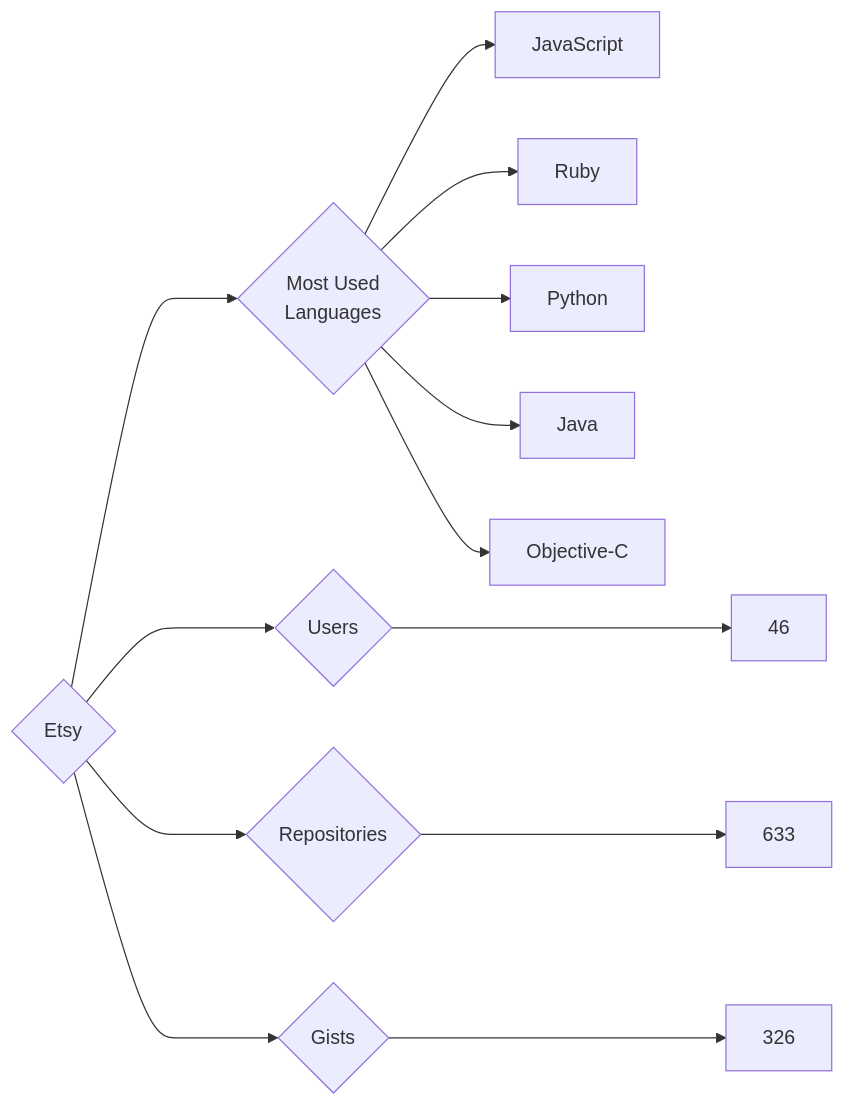
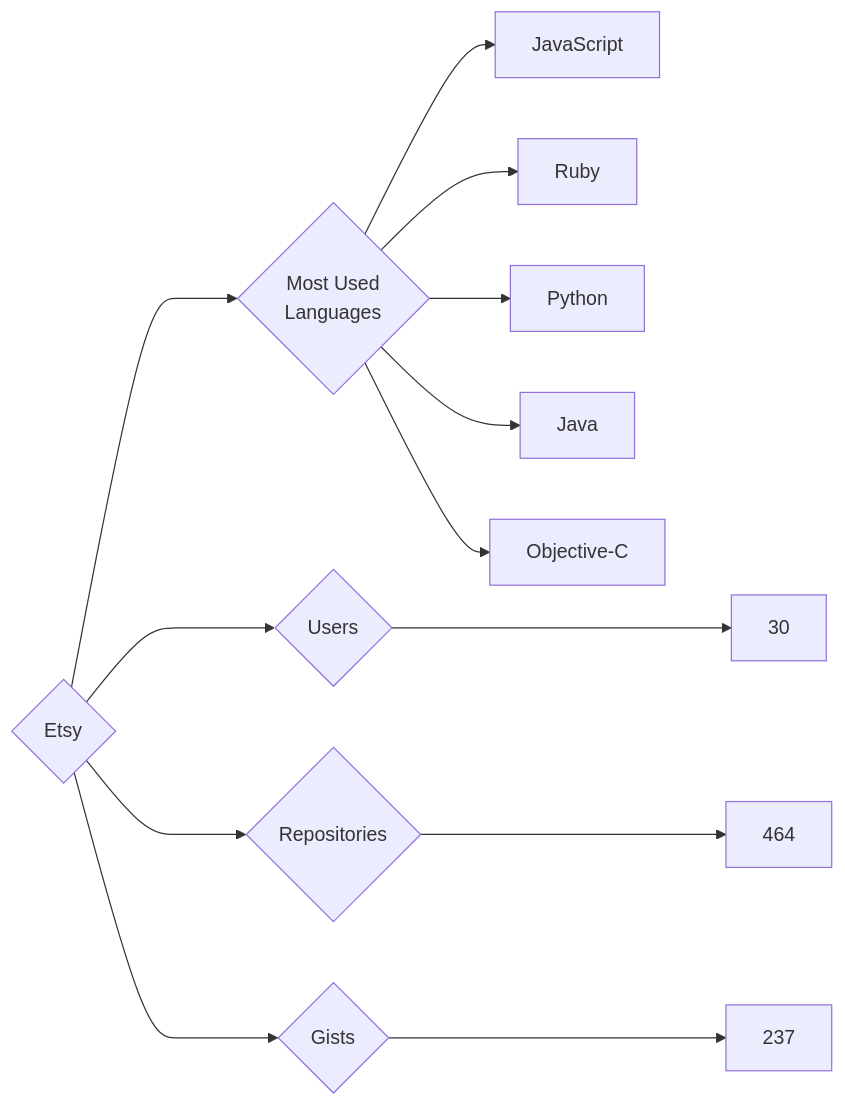
One commit to trickest/insiders changed the diagram in targets/Etsy/README.md. Above: the diagram before and after it, drawn with Mermaid. The commit also changed 545 other files, not shown here.

````diff
--- a/targets/Etsy/README.md
+++ b/targets/Etsy/README.md
@@ -3,13 +3,13 @@
 ```mermaid
 graph LR
 COMPANY_NAME{Etsy}
-COMPANY_NAME ---> U{Users} ---> UN[46]
-COMPANY_NAME ---> R{Repositories} ---> RN[633]
-COMPANY_NAME ---> G{Gists} ---> GN[326]
+COMPANY_NAME ---> U{Users} ---> UN[30]
+COMPANY_NAME ---> R{Repositories} ---> RN[464]
+COMPANY_NAME ---> G{Gists} ---> GN[237]
 COMPANY_NAME ---> ML{Most Used<br>Languages}
 ML --> JavaScript[JavaScript]
 ML --> Ruby[Ruby]
 ML --> Python[Python]
 ML --> Java[Java]
 ML --> Objective-C[Objective-C]
 ```
````
